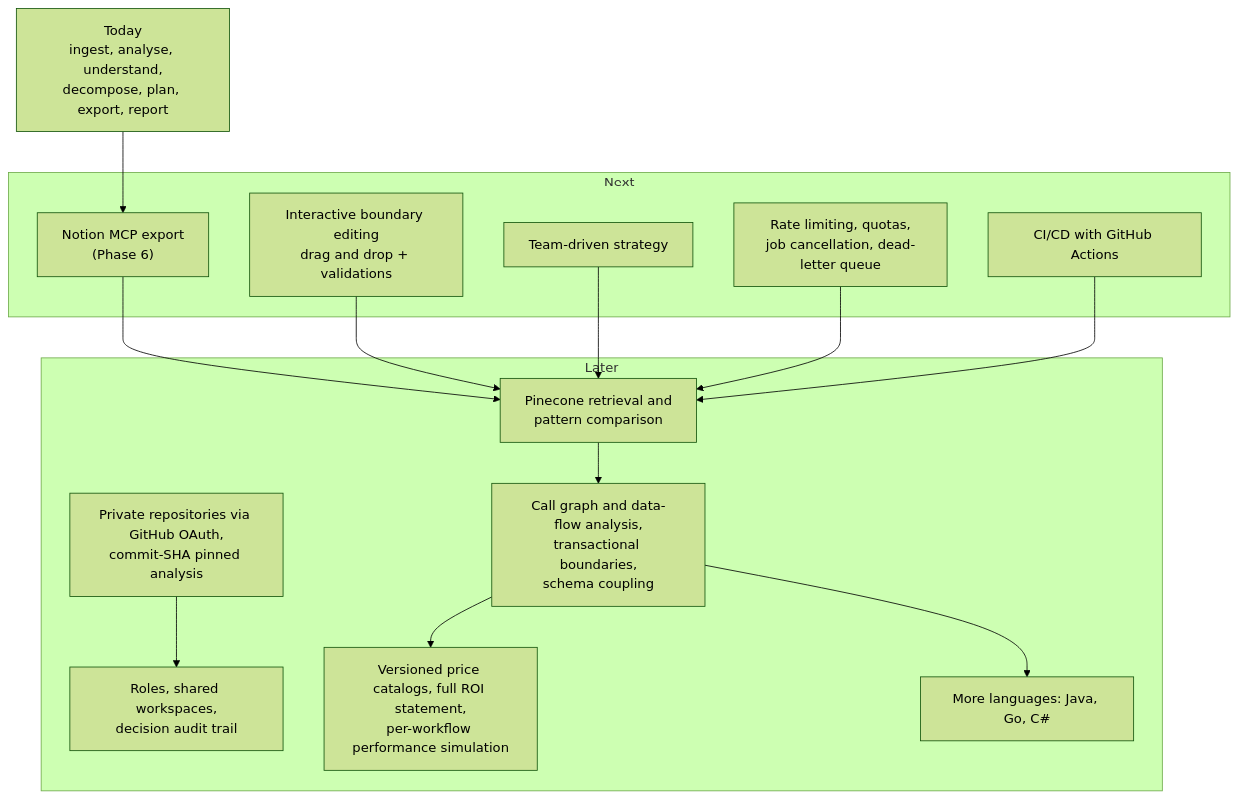
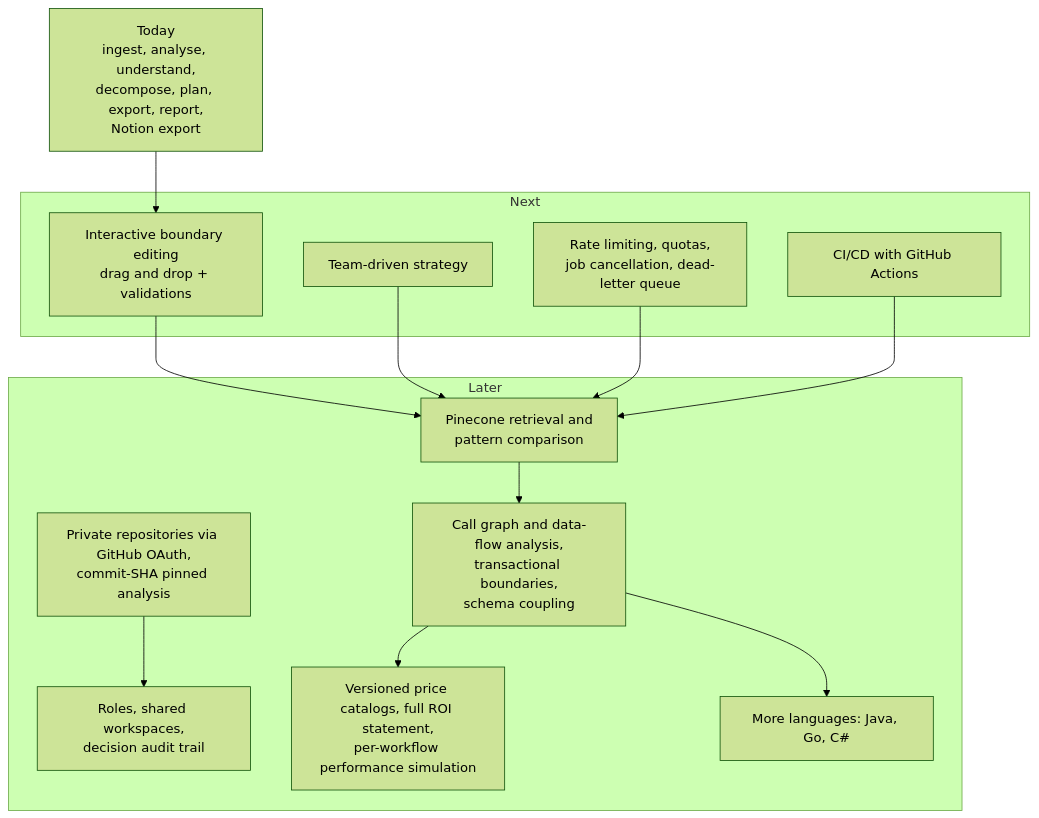
Before and after one commit to Tetra4ge/MonoMelt: diagram 23 of 23 in README.md, drawn with Mermaid (forest theme). The commit also changed other lines of this file, not shown here.

First line of the commit message:
docs: describe Notion export as implemented

````diff
--- a/README.md
+++ b/README.md
@@ -1248,27 +1256,25 @@
 ```mermaid
 flowchart TD
-    NOW["Today<br/>ingest, analyse, understand,<br/>decompose, plan, export, report"] --> N1
+    NOW["Today<br/>ingest, analyse, understand,<br/>decompose, plan, export, report,<br/>Notion export"] --> N2
     subgraph Next["Next"]
-        N1["Notion MCP export<br/>(Phase 6)"]
         N2["Interactive boundary editing<br/>drag and drop + validations"]
         N3["Team-driven strategy"]
         N4["Rate limiting, quotas,<br/>job cancellation, dead-letter queue"]
         N5["CI/CD with GitHub Actions"]
     end
-    N1 --> L1
     N2 --> L1
     N3 --> L1
     N4 --> L1
     N5 --> L1
     subgraph Later["Later"]
         L1["Pinecone retrieval and<br/>pattern comparison"]
         L2["Call graph and data-flow analysis,<br/>transactional boundaries,<br/>schema coupling"]
         L3["Private repositories via GitHub OAuth,<br/>commit-SHA pinned analysis"]
         L4["Roles, shared workspaces,<br/>decision audit trail"]
         L5["Versioned price catalogs, full ROI statement,<br/>per-workflow performance simulation"]
         L6["More languages: Java, Go, C#"]
     end
     L1 --> L2 --> L5
     L3 --> L4
     L2 --> L6
 ```
````
